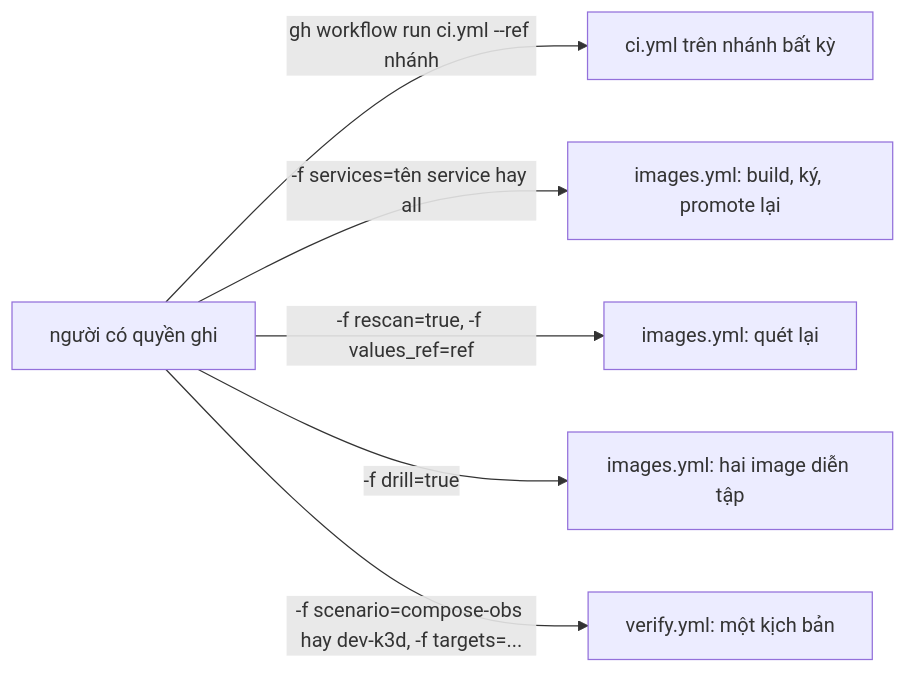
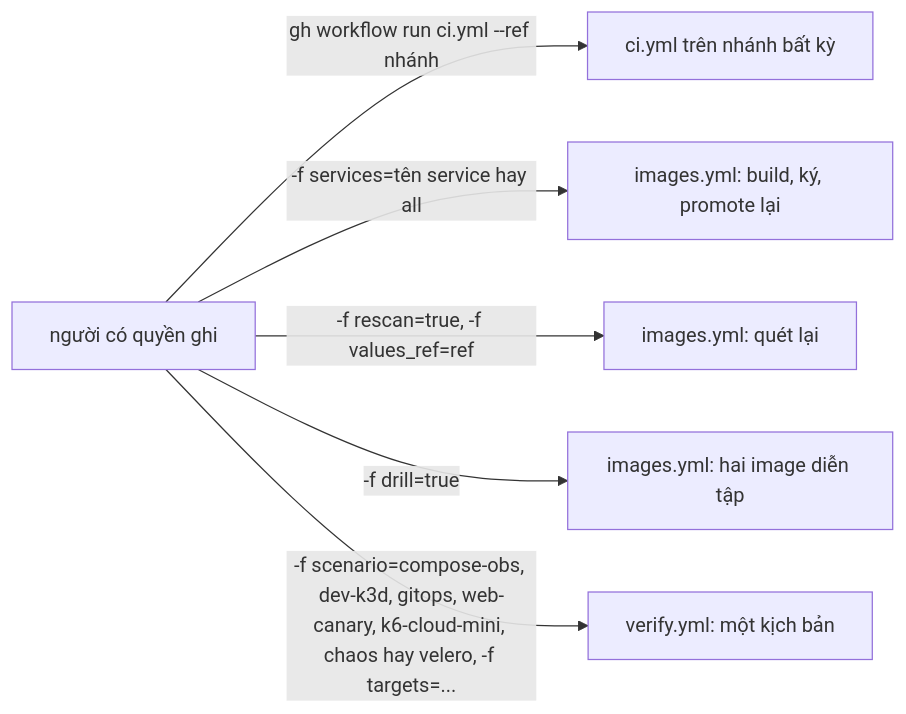
One commit to anhnvcoder/short-video-platform changed the fourth of 4 diagrams in docs/ci-cd.md. Above: the diagram before and after it, drawn with Mermaid. The commit also changed other lines of this file and 14 other files, not shown here.

````diff
--- a/docs/ci-cd.md
+++ b/docs/ci-cd.md
@@ -90,9 +90,9 @@
 ```mermaid
 flowchart LR
     who["người có quyền ghi"]
     who -->|"gh workflow run ci.yml --ref nhánh"| ci["ci.yml trên nhánh bất kỳ"]
     who -->|"-f services=tên service hay all"| b["images.yml: build, ký, promote lại"]
     who -->|"-f rescan=true, -f values_ref=ref"| r["images.yml: quét lại"]
     who -->|"-f drill=true"| d["images.yml: hai image diễn tập"]
-    who -->|"-f scenario=compose-obs hay dev-k3d, -f targets=..."| v["verify.yml: một kịch bản"]
+    who -->|"-f scenario=compose-obs, dev-k3d, gitops, web-canary, k6-cloud-mini, chaos hay velero, -f targets=..."| v["verify.yml: một kịch bản"]
 ```
````
